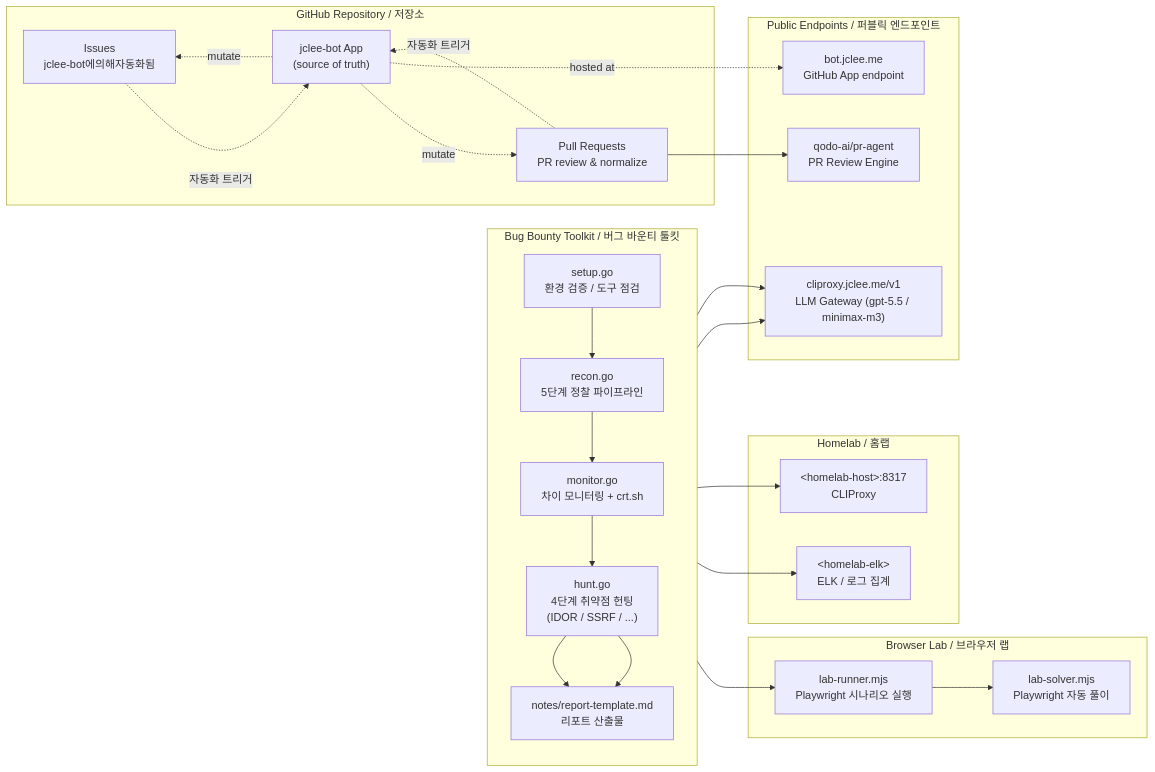
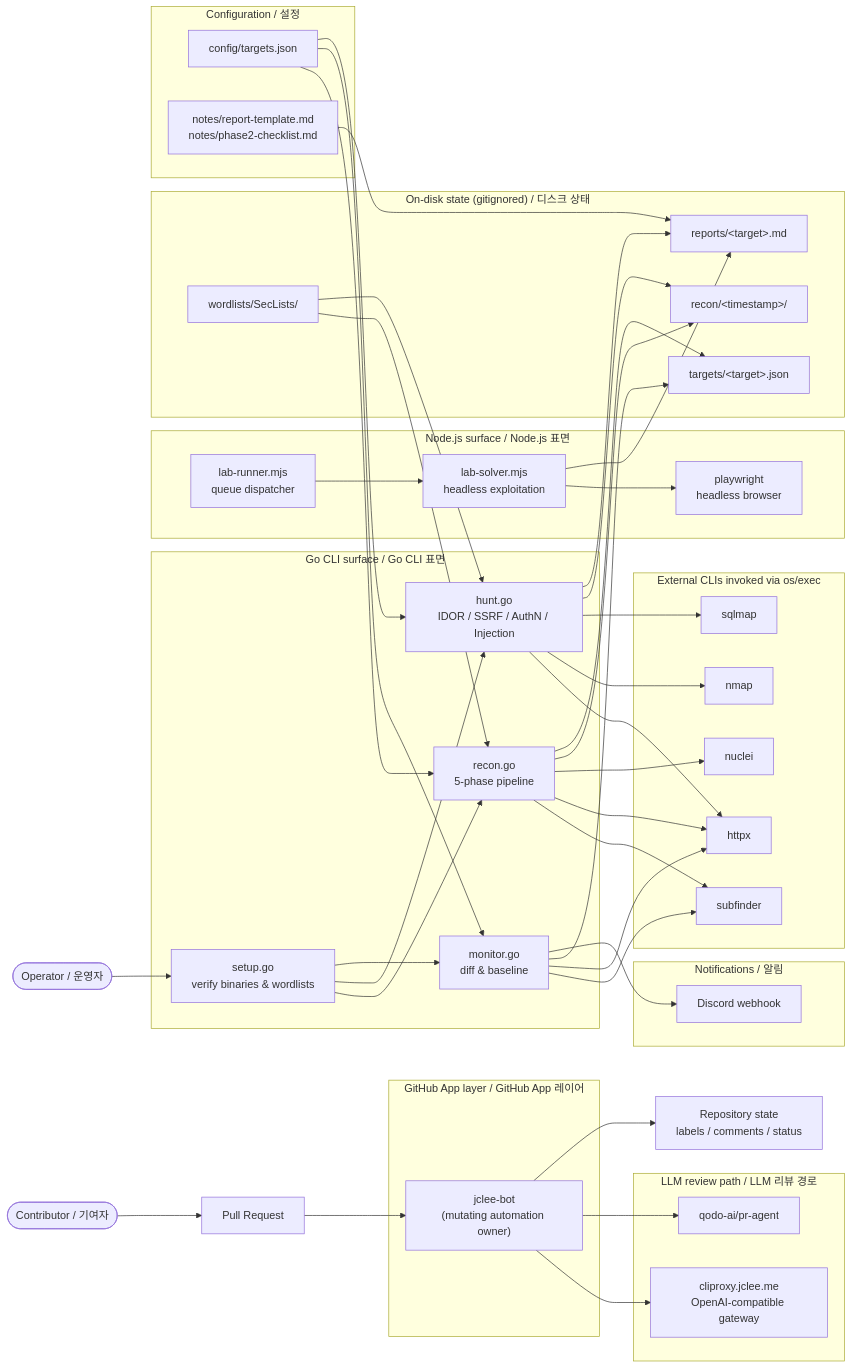
Before and after one commit to jclee941/bug: the diagram in README.md, drawn with Mermaid. The commit also changed other lines of this file, not shown here.

````diff
--- a/README.md
+++ b/README.md
@@ -84,50 +74,88 @@
 ```mermaid
 flowchart LR
-    subgraph Toolkit["Bug Bounty Toolkit / 버그 바운티 툴킷"]
-        direction TB
-        Setup["setup.go<br/>환경 검증 / 도구 점검"]
-        Recon["recon.go<br/>5단계 정찰 파이프라인"]
-        Monitor["monitor.go<br/>차이 모니터링 + crt.sh"]
-        Hunt["hunt.go<br/>4단계 취약점 헌팅<br/>(IDOR / SSRF / ...)"]
-        Report["notes/report-template.md<br/>리포트 산출물"]
+    subgraph CLI["Go CLI surface / Go CLI 표면"]
+        setup["setup.go<br/>verify binaries &amp; wordlists"]
+        recon["recon.go<br/>5-phase pipeline"]
+        monitor["monitor.go<br/>diff &amp; baseline"]
+        hunt["hunt.go<br/>IDOR / SSRF / AuthN / Injection"]
     end
 
-    subgraph Lab["Browser Lab / 브라우저 랩"]
-        LabRunner["lab-runner.mjs<br/>Playwright 시나리오 실행"]
-        LabSolver["lab-solver.mjs<br/>Playwright 자동 풀이"]
+    subgraph NODE["Node.js surface / Node.js 표면"]
+        labRun["lab-runner.mjs<br/>queue dispatcher"]
+        labSolve["lab-solver.mjs<br/>headless exploitation"]
+        pw["playwright<br/>headless browser"]
     end
 
-    subgraph Repo["GitHub Repository / 저장소"]
-        Issues["Issues<br/>jclee-bot에의해자동화됨"]
-        PRs["Pull Requests<br/>PR review &amp; normalize"]
-        AppCfg["jclee-bot App<br/>(source of truth)"]
+    subgraph EXT["External CLIs invoked via os/exec"]
+        subfinder["subfinder"]
+        httpx["httpx"]
+        nuclei["nuclei"]
+        nmap["nmap"]
+        sqlmap["sqlmap"]
     end
 
-    subgraph Homelab["Homelab / 홈랩"]
-        Host["&lt;homelab-host&gt;:8317<br/>CLIProxy"]
-        Elk["&lt;homelab-elk&gt;<br/>ELK / 로그 집계"]
+    subgraph STORE["On-disk state (gitignored) / 디스크 상태"]
+        reconDir["recon/&lt;timestamp&gt;/"]
+        targetsDir["targets/&lt;target&gt;.json"]
+        reportsDir["reports/&lt;target&gt;.md"]
+        wordlists["wordlists/SecLists/"]
     end
 
-    subgraph Cloud["Public Endpoints / 퍼블릭 엔드포인트"]
-        Gateway["cliproxy.jclee.me/v1<br/>LLM Gateway (gpt-5.5 / minimax-m3)"]
-        PRReview["qodo-ai/pr-agent<br/>PR Review Engine"]
-        Bot["bot.jclee.me<br/>GitHub App endpoint"]
+    subgraph CFG["Configuration / 설정"]
+        cfg["config/targets.json"]
+        notes["notes/report-template.md<br/>notes/phase2-checklist.md"]
     end
 
-    Setup --> Recon --> Monitor --> Hunt --> Report
-    Recon --> LabRunner
-    LabRunner --> LabSolver
-    Hunt --> Report
+    subgraph ALERT["Notifications / 알림"]
+        discord["Discord webhook"]
+    end
 
-    Issues -. 자동화 트리거 .-> AppCfg
-    PRs -. 자동화 트리거 .-> AppCfg
-    AppCfg -. mutate .-> Issues
-    AppCfg -. mutate .-> PRs
-    AppCfg -. hosted at .-> Bot
+    subgraph LLM["LLM review path / LLM 리뷰 경로"]
+        proxy["cliproxy.jclee.me<br/>OpenAI-compatible gateway"]
+        pragent["qodo-ai/pr-agent"]
+    end
 
-    Monitor --> Elk
-    Recon --> Host
-    Hunt --> Gateway
-    PRs --> PRReview
-    Report --> Gateway
+    subgraph APP["GitHub App layer / GitHub App 레이어"]
+        bot["jclee-bot<br/>(mutating automation owner)"]
+    end
+
+    User([Operator / 운영자]) --> setup
+    setup --> recon
+    setup --> hunt
+    setup --> monitor
+
+    cfg --> recon
+    cfg --> monitor
+    cfg --> hunt
+
+    recon --> subfinder
+    recon --> httpx
+    recon --> nuclei
+    recon --> reconDir
+    recon --> targetsDir
+
+    monitor --> subfinder
+    monitor --> httpx
+    monitor --> targetsDir
+    monitor --> discord
+
+    hunt --> httpx
+    hunt --> nmap
+    hunt --> sqlmap
+    hunt --> reconDir
+    hunt --> reportsDir
+
+    notes --> reportsDir
+    wordlists --> recon
+    wordlists --> hunt
+
+    labRun --> labSolve
+    labSolve --> pw
+    labSolve --> reportsDir
+
+    Contributor([Contributor / 기여자]) --> PR["Pull Request"]
+    PR --> bot
+    bot --> proxy
+    bot --> pragent
+    bot --> RepoState["Repository state<br/>labels / comments / status"]
 ```
````
